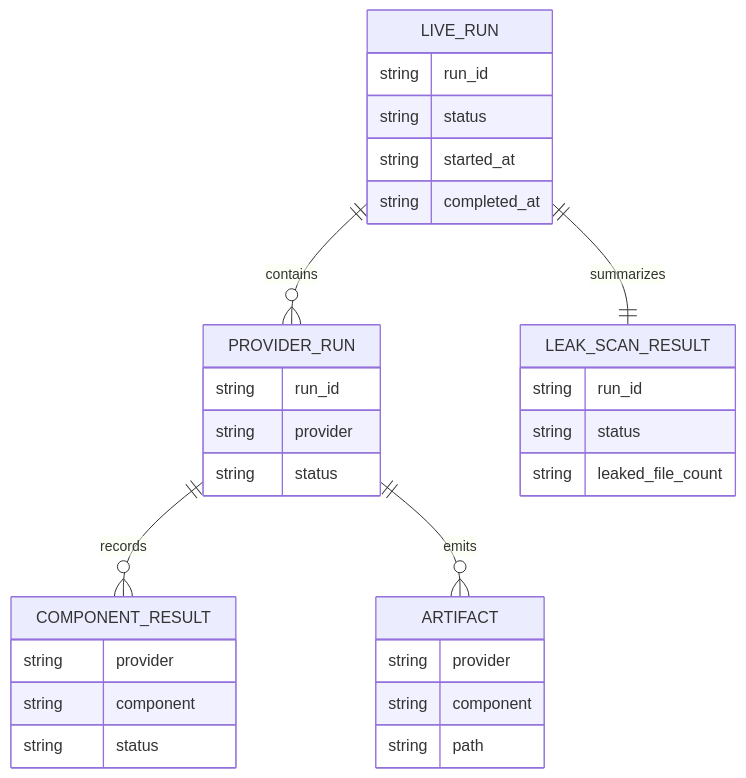
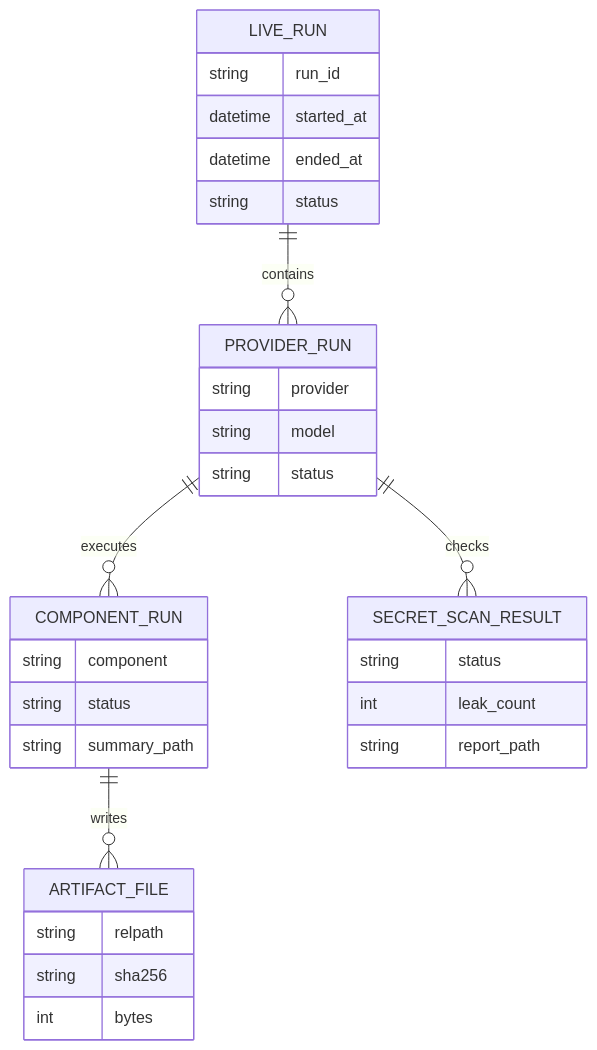
The second of 5 diagrams in docs/sprints/SPRINT-004-comprehensive-implementation-plan.md (jaytaylor/attractor-tcl), drawn with Mermaid before and after one commit. The commit also changed other lines of this file, not shown here.

````diff
--- a/docs/sprints/SPRINT-004-comprehensive-implementation-plan.md
+++ b/docs/sprints/SPRINT-004-comprehensive-implementation-plan.md
@@ -1959,34 +1132,38 @@
 ```mermaid
 erDiagram
   LIVE_RUN ||--o{ PROVIDER_RUN : contains
-  PROVIDER_RUN ||--o{ COMPONENT_RESULT : records
-  PROVIDER_RUN ||--o{ ARTIFACT : emits
-  LIVE_RUN ||--|| LEAK_SCAN_RESULT : summarizes
+  PROVIDER_RUN ||--o{ COMPONENT_RUN : executes
+  COMPONENT_RUN ||--o{ ARTIFACT_FILE : writes
+  PROVIDER_RUN ||--o{ SECRET_SCAN_RESULT : checks
 
   LIVE_RUN {
     string run_id
-    string status
-    string started_at
-    string completed_at
-  }
-  PROVIDER_RUN {
-    string run_id
-    string provider
+    datetime started_at
+    datetime ended_at
     string status
   }
-  COMPONENT_RESULT {
+
+  PROVIDER_RUN {
     string provider
+    string model
+    string status
+  }
+
+  COMPONENT_RUN {
     string component
     string status
+    string summary_path
   }
-  ARTIFACT {
-    string provider
-    string component
-    string path
+
+  ARTIFACT_FILE {
+    string relpath
+    string sha256
+    int bytes
   }
-  LEAK_SCAN_RESULT {
-    string run_id
+
+  SECRET_SCAN_RESULT {
     string status
-    string leaked_file_count
+    int leak_count
+    string report_path
   }
 ```
````
